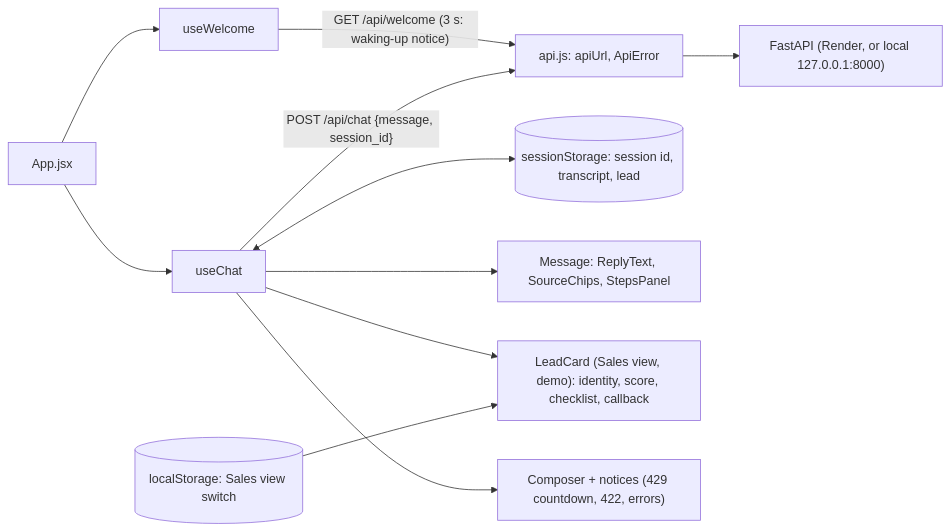
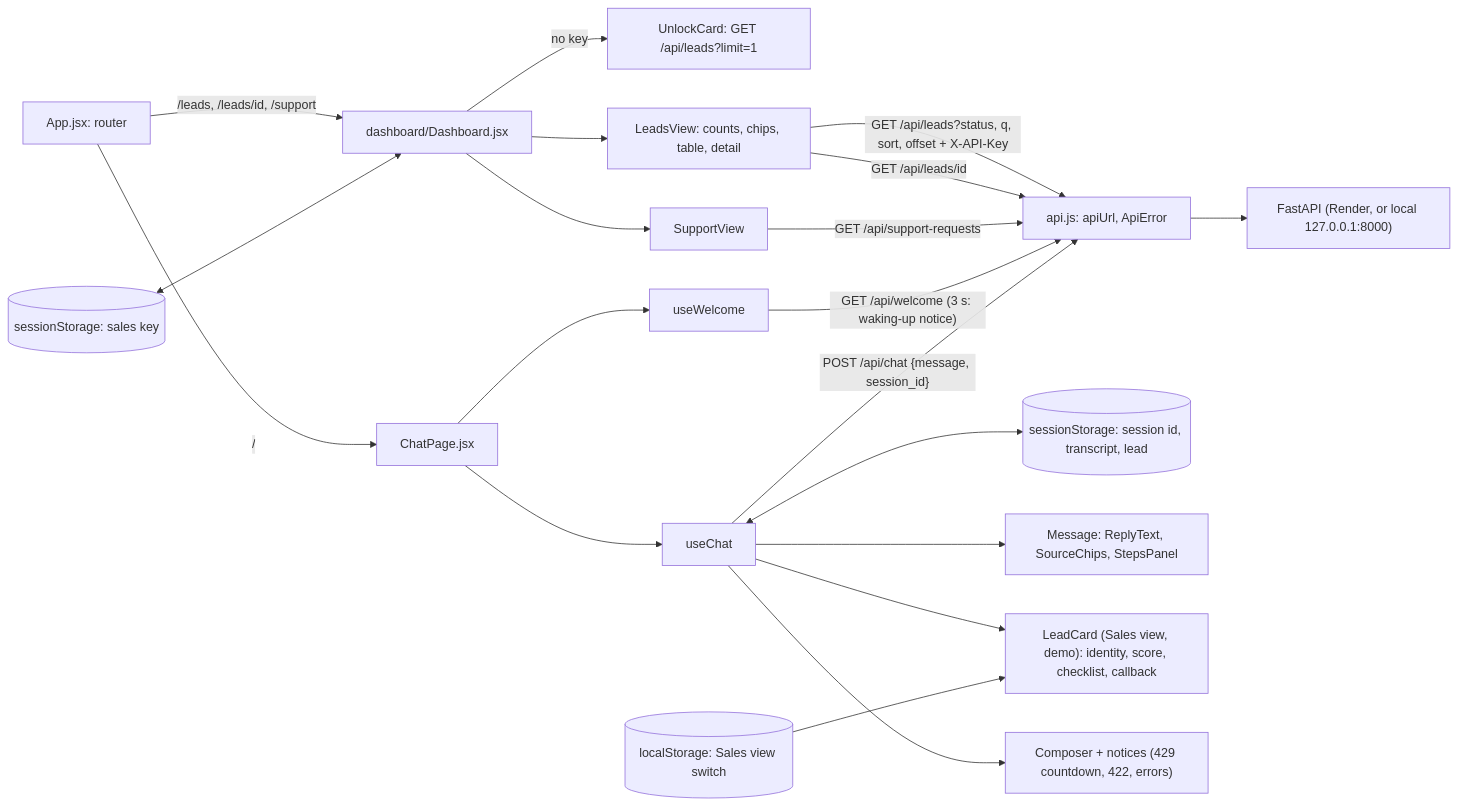
Before and after one commit to AdithyaChauhan/vantis-sales-agent: the ninth of 9 diagrams in docs/ARCHITECTURE.md, drawn with Mermaid. The commit also changed other lines of this file and 40 other files, not shown here.

````diff
--- a/docs/ARCHITECTURE.md
+++ b/docs/ARCHITECTURE.md
@@ -190,13 +195,22 @@
 ```mermaid
 flowchart LR
-  page["App.jsx"] --> welcome["useWelcome"]
+  router["App.jsx: router"] -->|"/"| page["ChatPage.jsx"]
+  router -->|"/leads, /leads/id, /support"| dash["dashboard/Dashboard.jsx"]
+  dash -->|"no key"| unlock["UnlockCard: GET /api/leads?limit=1"]
+  dash --> leads["LeadsView: counts, chips, table, detail"]
+  dash --> support["SupportView"]
+  leads -->|"GET /api/leads?status, q, sort, offset + X-API-Key"| api
+  leads -->|"GET /api/leads/id"| api
+  support -->|"GET /api/support-requests"| api
+  keystore[("sessionStorage: sales key")] <--> dash
+  page --> welcome["useWelcome"]
   page --> chat["useChat"]
   welcome -->|"GET /api/welcome (3 s: waking-up notice)"| api["api.js: apiUrl, ApiError"]
   chat -->|"POST /api/chat {message, session_id}"| api
   api --> backend["FastAPI (Render, or local 127.0.0.1:8000)"]
   chat <--> store[("sessionStorage: session id, transcript, lead")]
   chat --> view["Message: ReplyText, SourceChips, StepsPanel"]
   chat --> card["LeadCard (Sales view, demo): identity, score, checklist, callback"]
   prefs[("localStorage: Sales view switch")] --> card
   chat --> composer["Composer + notices (429 countdown, 422, errors)"]
 ```
````
